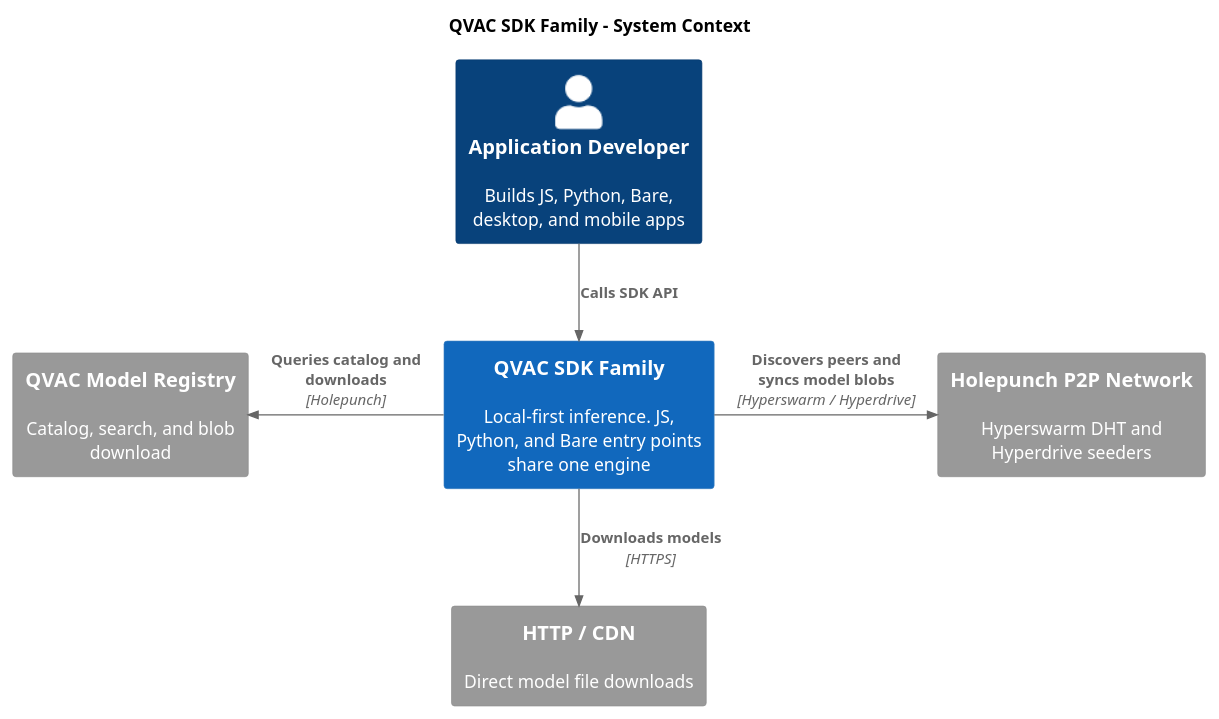
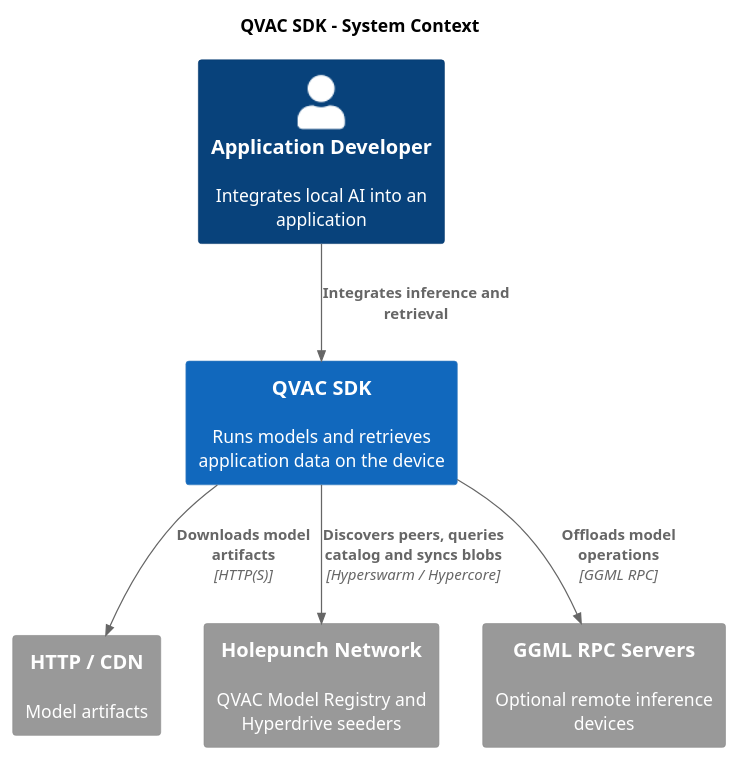
One commit to tetherto/qvac changed the diagram in docs/architecture/puml/01-system-context.puml. Above: the diagram before and after it, drawn with PlantUML. The commit also changed 18 other files, not shown here.

Commit message:
doc[notask]: refresh SDK architecture for bare-stow

```diff
--- a/docs/architecture/puml/01-system-context.puml
+++ b/docs/architecture/puml/01-system-context.puml
@@ -1,20 +1,22 @@
 @startuml
 !include <C4/C4_Context>
 HIDE_STEREOTYPE()
 
-title QVAC SDK Family - System Context
+title QVAC SDK - System Context
 
-Person(dev, "Application Developer", "Builds JS, Python, Bare, desktop, and mobile apps")
+Person(dev, "Application Developer", "Integrates local AI into an application")
 
-System(sdk, "QVAC SDK Family", "Local-first inference. JS, Python, and Bare entry points share one engine")
+System(sdk, "QVAC SDK", "Runs models and retrieves application data on the device")
 
-System_Ext(registry, "QVAC Model Registry", "Catalog, search, and blob download")
-System_Ext(http, "HTTP / CDN", "Direct model file downloads")
-System_Ext(p2p, "Holepunch P2P Network", "Hyperswarm DHT and Hyperdrive seeders")
+System_Ext(http, "HTTP / CDN", "Model artifacts")
+System_Ext(p2p, "Holepunch Network", "QVAC Model Registry and Hyperdrive seeders")
+System_Ext(remote, "GGML RPC Servers", "Optional remote inference devices")
 
-Rel_D(dev, sdk, "Calls SDK API")
-Rel_L(sdk, registry, "Queries catalog and downloads", "Holepunch")
-Rel_D(sdk, http, "Downloads models", "HTTPS")
-Rel_R(sdk, p2p, "Discovers peers and syncs model blobs", "Hyperswarm / Hyperdrive")
+Rel_D(dev, sdk, "Integrates inference and retrieval")
+Rel_D(sdk, http, "Downloads model artifacts", "HTTP(S)")
+Rel_D(sdk, p2p, "Discovers peers, queries catalog and syncs blobs", "Hyperswarm / Hypercore")
+Rel_D(sdk, remote, "Offloads model operations", "GGML RPC")
 
+Lay_R(http, p2p)
+Lay_R(p2p, remote)
 @enduml
```
